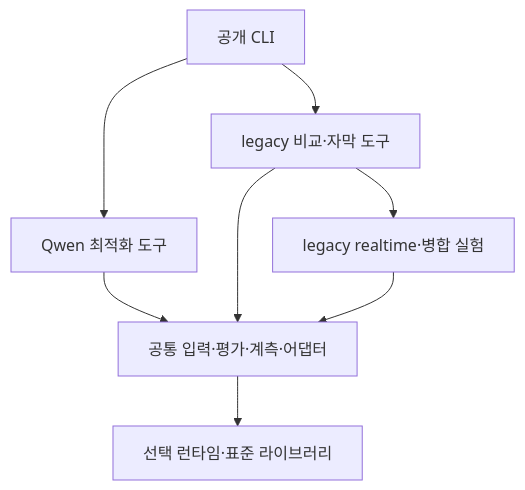
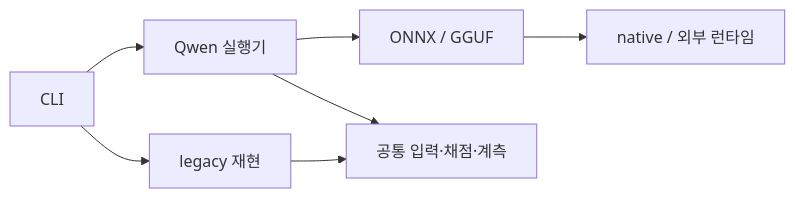
The diagram in docs/reference/architecture.md (shinjuyeop/edge-asr), drawn with Mermaid before and after one commit. The commit also changed other lines of this file and 48 other files, not shown here.

Commit message:
refactor: group Qwen runtime, native builds and data tools

````diff
--- a/docs/reference/architecture.md
+++ b/docs/reference/architecture.md
@@ -24,10 +20,9 @@
 ```mermaid
-flowchart TD
-  CLI[공개 CLI] --> OPT[Qwen 최적화 도구]
-  CLI --> OLD[legacy 비교·자막 도구]
-  OPT --> CORE[공통 입력·평가·계측·어댑터]
-  OLD --> CORE
-  OLD --> RT[legacy realtime·병합 실험]
-  RT --> CORE
-  CORE --> RUNTIME[선택 런타임·표준 라이브러리]
+flowchart LR
+  CLI[CLI] --> Q[Qwen 실행기]
+  Q --> A[ONNX / GGUF]
+  A --> N[native / 외부 런타임]
+  Q --> C[공통 입력·채점·계측]
+  CLI --> L[legacy 재현]
+  L --> C
 ```
````
